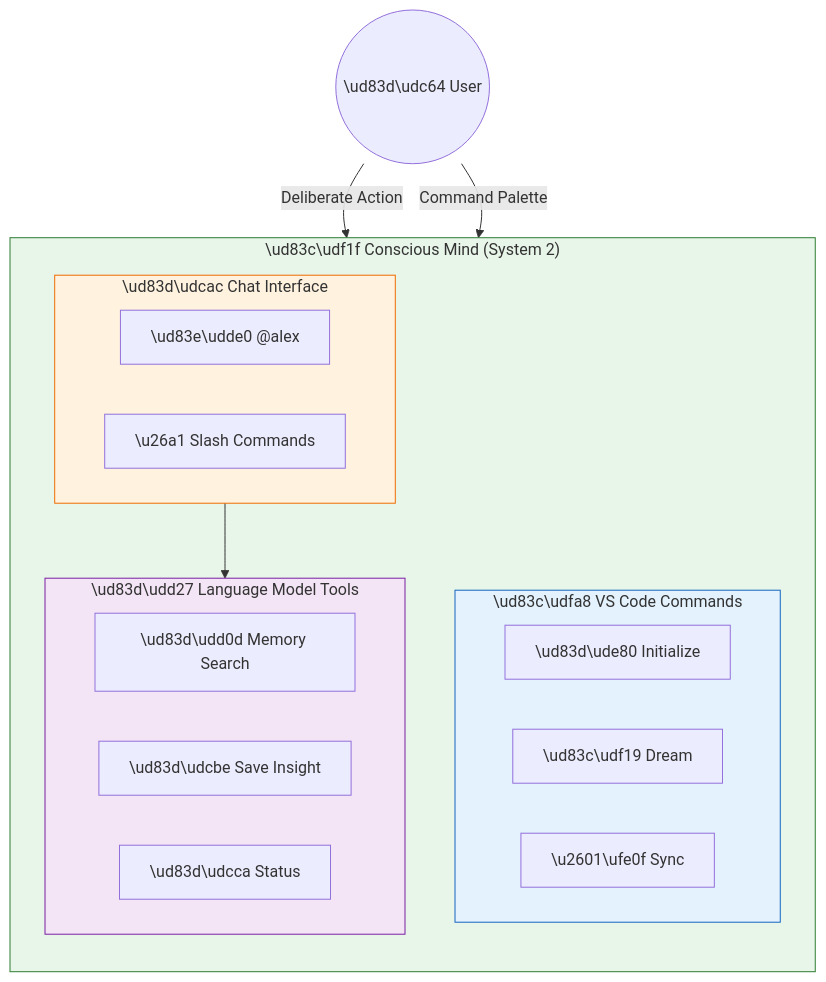
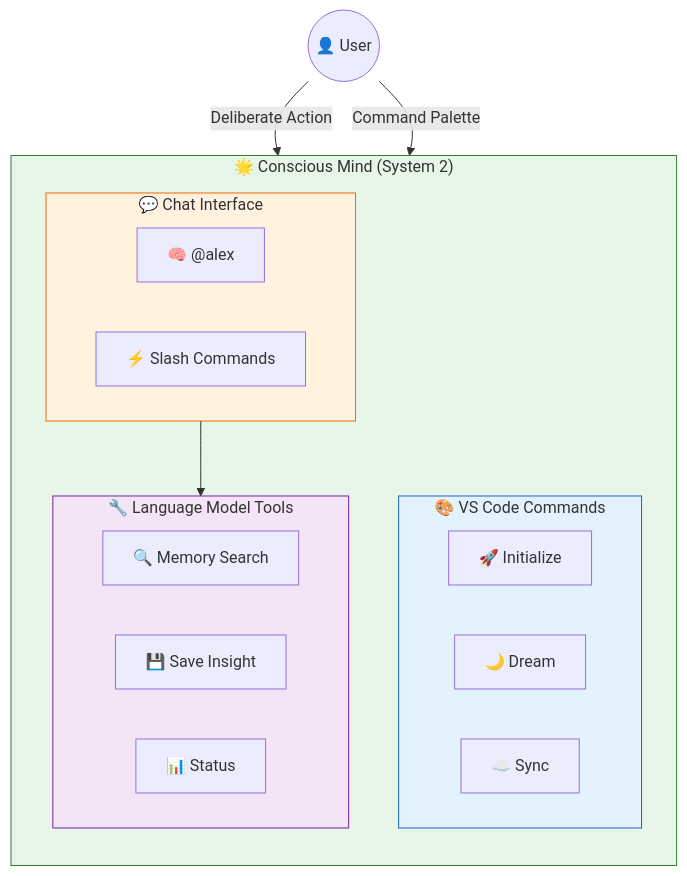
The first of 4 diagrams in alex_docs/CONSCIOUS-MIND.md (fabioc-aloha/Alex_Plug_In), drawn with Mermaid before and after one commit. The commit also changed 15 other files, not shown here.

First line of the commit message:
feat: Skill architecture v1.0 + Mermaid diagram fixes

````diff
--- a/alex_docs/CONSCIOUS-MIND.md
+++ b/alex_docs/CONSCIOUS-MIND.md
@@ -11,35 +11,35 @@
 ```mermaid
 flowchart TB
-    subgraph CONSCIOUS["\ud83c\udf1f Conscious Mind (System 2)"]
+    subgraph CONSCIOUS["🌟 Conscious Mind (System 2)"]
         direction TB
 
-        subgraph CHAT["\ud83d\udcac Chat Interface"]
+        subgraph CHAT["💬 Chat Interface"]
             direction LR
-            CP["\ud83e\udde0 @alex"]
-            SC["\u26a1 Slash Commands"]
+            CP["🧠 @alex"]
+            SC["⚡ Slash Commands"]
         end
 
-        subgraph COMMANDS["\ud83c\udfa8 VS Code Commands"]
+        subgraph COMMANDS["🎨 VS Code Commands"]
             direction LR
-            INIT["\ud83d\ude80 Initialize"]
-            DREAM["\ud83c\udf19 Dream"]
-            SYNC["\u2601\ufe0f Sync"]
+            INIT["🚀 Initialize"]
+            DREAM["🌙 Dream"]
+            SYNC["☁️ Sync"]
         end
 
-        subgraph TOOLS["\ud83d\udd27 Language Model Tools"]
+        subgraph TOOLS["🔧 Language Model Tools"]
             direction LR
-            MEM["\ud83d\udd0d Memory Search"]
-            SAVE["\ud83d\udcbe Save Insight"]
-            STAT["\ud83d\udcca Status"]
+            MEM["🔍 Memory Search"]
+            SAVE["💾 Save Insight"]
+            STAT["📊 Status"]
         end
     end
 
-    USER(("\ud83d\udc64 User")) -->|"Deliberate Action"| CHAT
+    USER(("👤 User")) -->|"Deliberate Action"| CHAT
     USER -->|"Command Palette"| COMMANDS
     CHAT --> TOOLS
 
     style CONSCIOUS fill:#e8f5e9,stroke:#2e7d32
     style CHAT fill:#fff3e0,stroke:#ef6c00
     style COMMANDS fill:#e3f2fd,stroke:#1565c0
     style TOOLS fill:#f3e5f5,stroke:#7b1fa2
 ```
````
